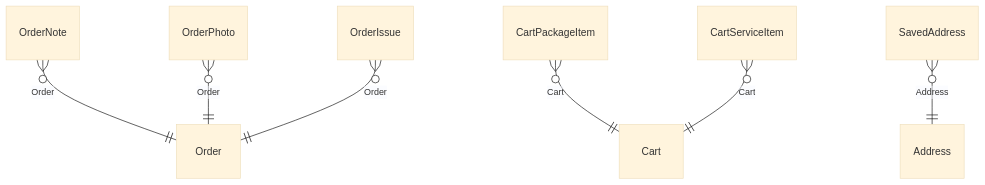
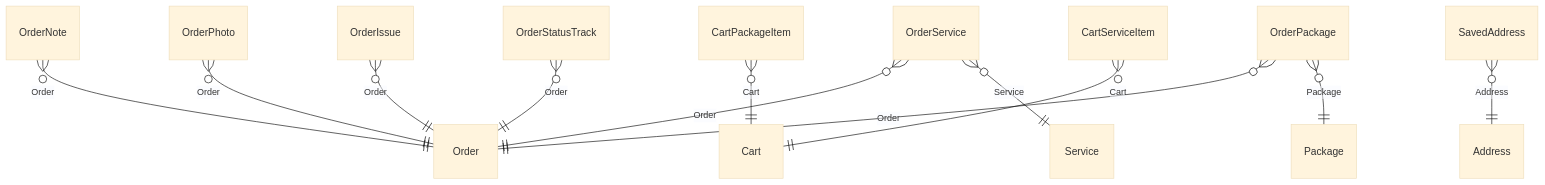
One commit to VM-s-Solutions/cleansia changed the second of 5 diagrams in docs/domain/model.md. Above: the diagram before and after it, drawn with Mermaid (base theme). The commit also changed other lines of this file and 572 other files, not shown here.

````diff
--- a/docs/domain/model.md
+++ b/docs/domain/model.md
@@ -33,9 +33,14 @@
 ```mermaid
 erDiagram
   OrderNote }o--|| Order : "Order"
   CartPackageItem }o--|| Cart : "Cart"
   SavedAddress }o--|| Address : "Address"
   CartServiceItem }o--|| Cart : "Cart"
   OrderPhoto }o--|| Order : "Order"
   OrderIssue }o--|| Order : "Order"
+  OrderService }o--|| Order : "Order"
+  OrderService }o--|| Service : "Service"
+  OrderPackage }o--|| Order : "Order"
+  OrderPackage }o--|| Package : "Package"
+  OrderStatusTrack }o--|| Order : "Order"
 ```
````
